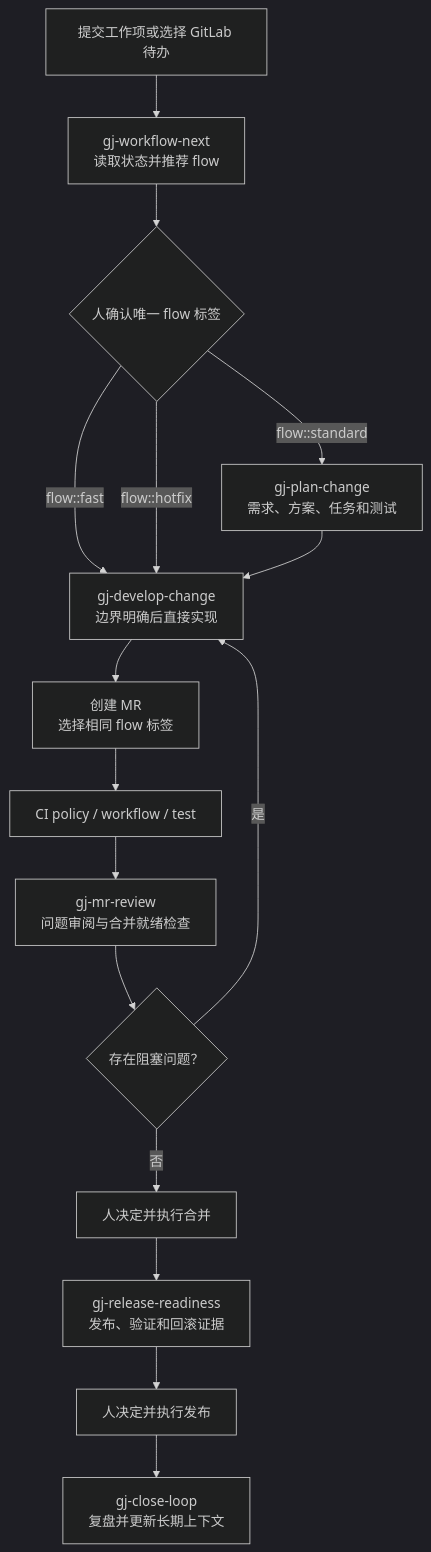
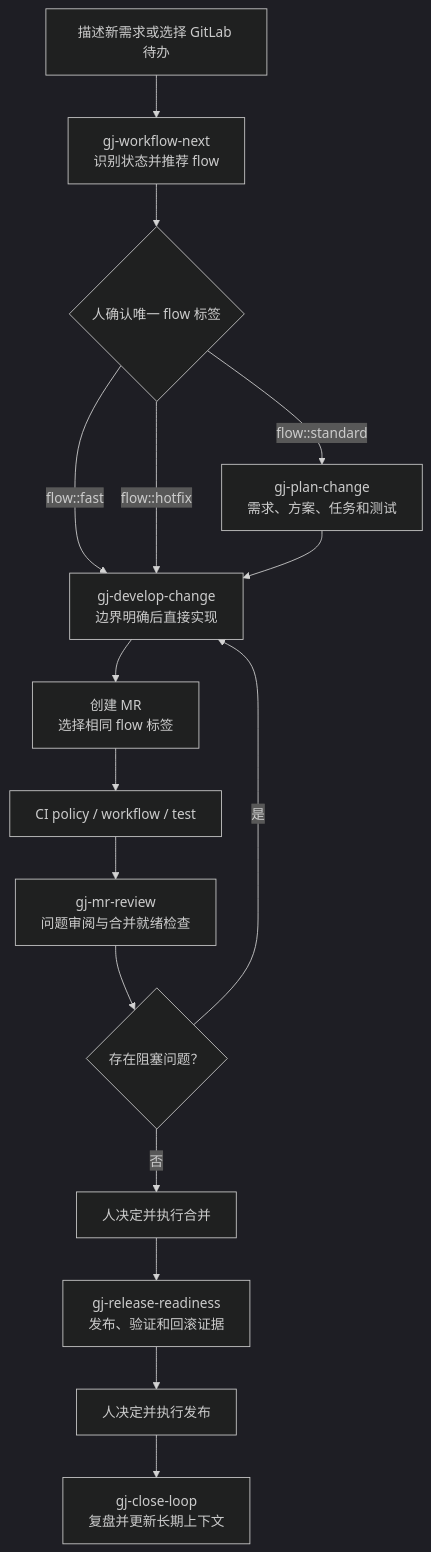
One commit to TheLastMagician/gj-gitlab-ai-workflow changed the first of 2 diagrams in README.md. Above: the diagram before and after it, drawn with Mermaid (dark theme). The commit also changed other lines of this file and 14 other files, not shown here.

First line of the commit message:
feat(workflow): 完善安装与 GitLab 接入

````diff
--- a/README.md
+++ b/README.md
@@ -142,18 +184,18 @@
 ```mermaid
 flowchart TD
-  A["提交工作项或选择 GitLab 待办"] --> B["gj-workflow-next<br/>读取状态并推荐 flow"]
+  A["描述新需求或选择 GitLab 待办"] --> B["gj-workflow-next<br/>识别状态并推荐 flow"]
   B --> C{"人确认唯一 flow 标签"}
   C -- "flow::standard" --> D["gj-plan-change<br/>需求、方案、任务和测试"]
   C -- "flow::fast" --> E["gj-develop-change<br/>边界明确后直接实现"]
   C -- "flow::hotfix" --> E
   D --> E
   E --> F["创建 MR<br/>选择相同 flow 标签"]
   F --> G["CI policy / workflow / test"]
   G --> H["gj-mr-review<br/>问题审阅与合并就绪检查"]
   H --> I{"存在阻塞问题？"}
   I -- "是" --> E
   I -- "否" --> J["人决定并执行合并"]
   J --> K["gj-release-readiness<br/>发布、验证和回滚证据"]
   K --> L["人决定并执行发布"]
   L --> M["gj-close-loop<br/>复盘并更新长期上下文"]
 ```
````
